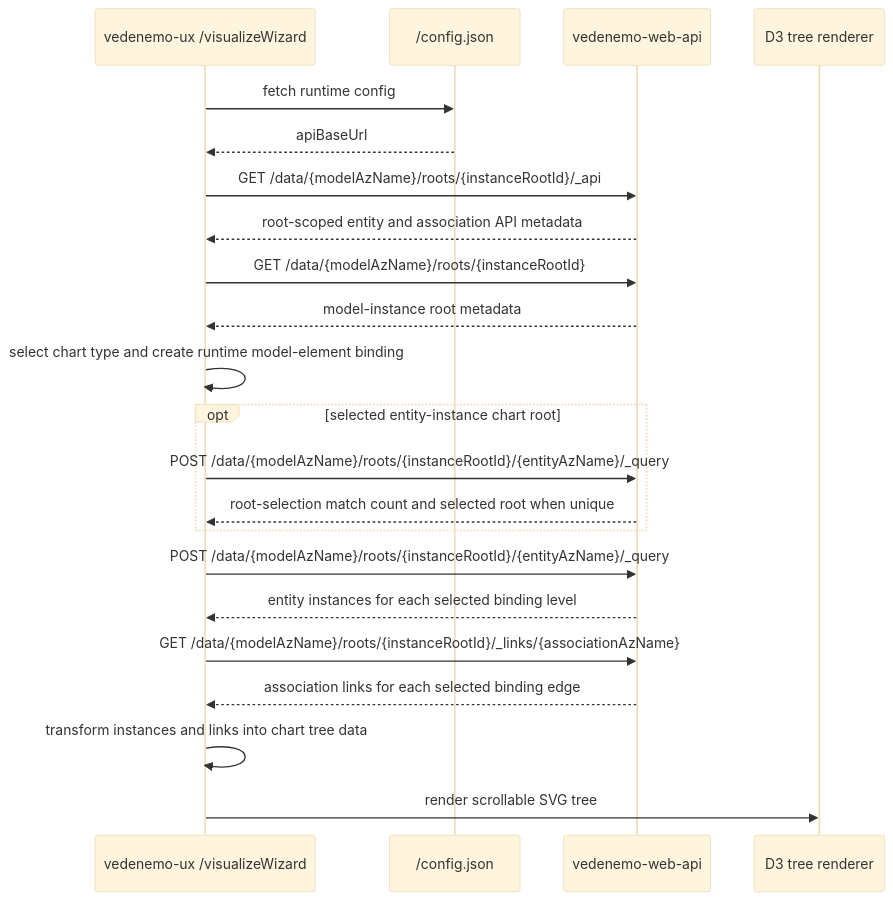
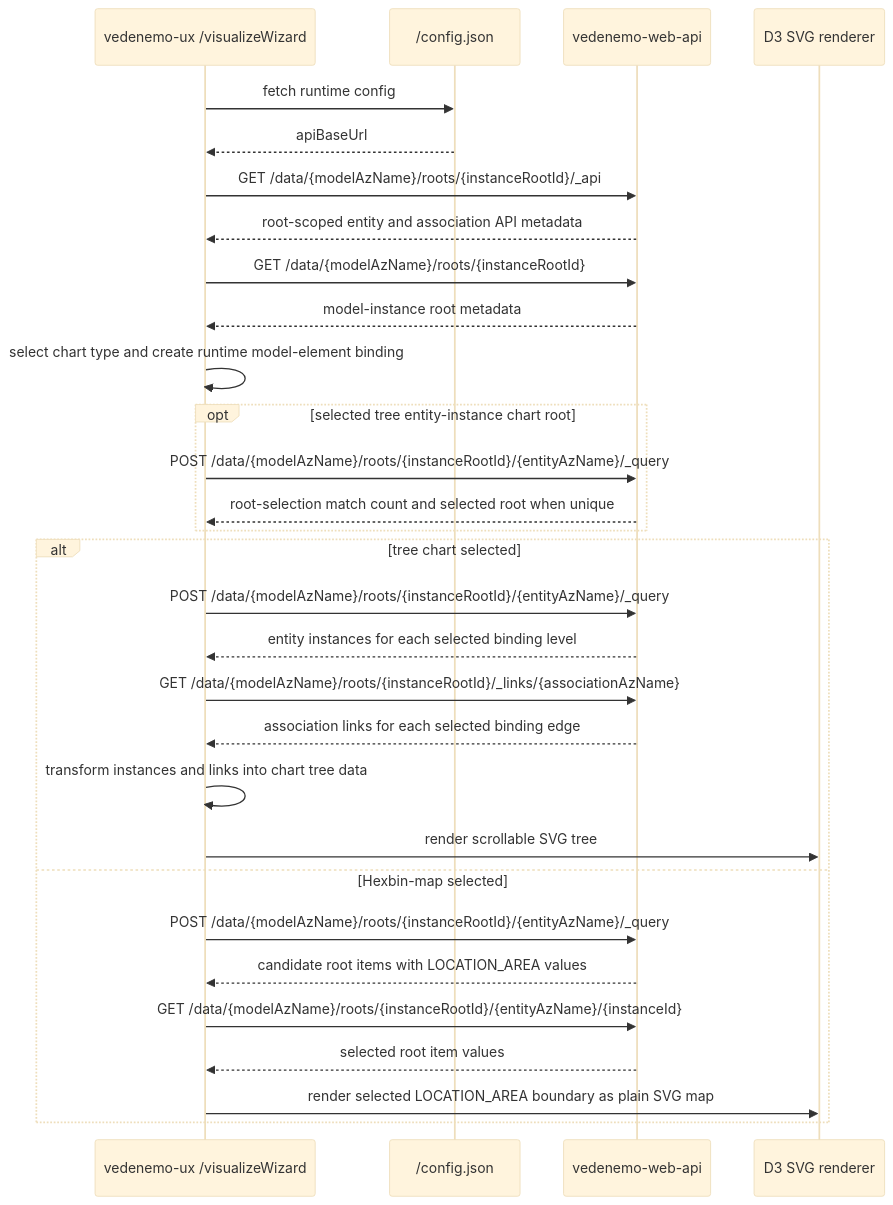
Before and after one commit to VedenemoDev/VedenemoMonorepo: the tenth of 12 diagrams in docs/architecture_doc.md, drawn with Mermaid (base theme). The commit also changed other lines of this file and 7 other files, not shown here.

First line of the commit message:
Add skeletal Hexbin-map visualization wizard

````diff
--- a/docs/architecture_doc.md
+++ b/docs/architecture_doc.md
@@ -990,25 +995,33 @@
 ```mermaid
 sequenceDiagram
     participant UX as vedenemo-ux /visualizeWizard
     participant Config as /config.json
     participant API as vedenemo-web-api
-    participant D3 as D3 tree renderer
+    participant D3 as D3 SVG renderer
 
     UX->>Config: fetch runtime config
     Config-->>UX: apiBaseUrl
     UX->>API: GET /data/{modelAzName}/roots/{instanceRootId}/_api
     API-->>UX: root-scoped entity and association API metadata
     UX->>API: GET /data/{modelAzName}/roots/{instanceRootId}
     API-->>UX: model-instance root metadata
     UX->>UX: select chart type and create runtime model-element binding
-    opt selected entity-instance chart root
+    opt selected tree entity-instance chart root
         UX->>API: POST /data/{modelAzName}/roots/{instanceRootId}/{entityAzName}/_query
         API-->>UX: root-selection match count and selected root when unique
     end
-    UX->>API: POST /data/{modelAzName}/roots/{instanceRootId}/{entityAzName}/_query
-    API-->>UX: entity instances for each selected binding level
-    UX->>API: GET /data/{modelAzName}/roots/{instanceRootId}/_links/{associationAzName}
-    API-->>UX: association links for each selected binding edge
-    UX->>UX: transform instances and links into chart tree data
-    UX->>D3: render scrollable SVG tree
+    alt tree chart selected
+        UX->>API: POST /data/{modelAzName}/roots/{instanceRootId}/{entityAzName}/_query
+        API-->>UX: entity instances for each selected binding level
+        UX->>API: GET /data/{modelAzName}/roots/{instanceRootId}/_links/{associationAzName}
+        API-->>UX: association links for each selected binding edge
+        UX->>UX: transform instances and links into chart tree data
+        UX->>D3: render scrollable SVG tree
+    else Hexbin-map selected
+        UX->>API: POST /data/{modelAzName}/roots/{instanceRootId}/{entityAzName}/_query
+        API-->>UX: candidate root items with LOCATION_AREA values
+        UX->>API: GET /data/{modelAzName}/roots/{instanceRootId}/{entityAzName}/{instanceId}
+        API-->>UX: selected root item values
+        UX->>D3: render selected LOCATION_AREA boundary as plain SVG map
+    end
 ```
````
